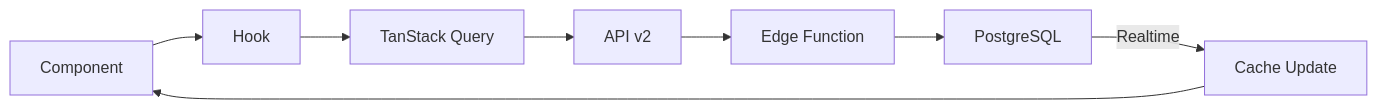
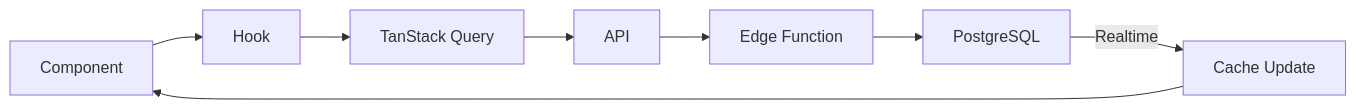
One commit to gmbsfactory/gmbs-crm changed the diagram in CLAUDE.md. Above: the diagram before and after it, drawn with Mermaid. The commit also changed other lines of this file and 165 other files, not shown here.

````diff
--- a/CLAUDE.md
+++ b/CLAUDE.md
@@ -25,10 +25,10 @@
 ```mermaid
 graph LR
     A[Component] --> B[Hook]
     B --> C[TanStack Query]
-    C --> D[API v2]
+    C --> D[API]
     D --> E[Edge Function]
     E --> F[PostgreSQL]
     F -->|Realtime| G[Cache Update]
     G --> A
 ```
````
